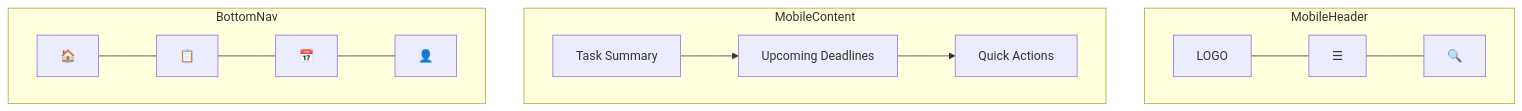
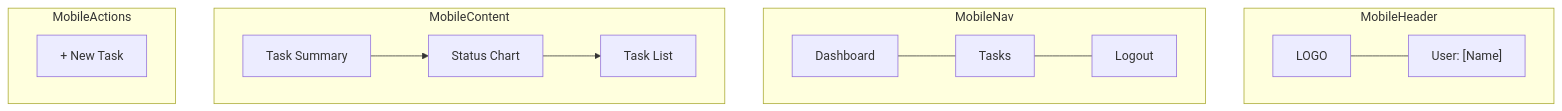
Before and after one commit to f3mi/DTS-developer-challenge: the third of 3 diagrams in docs/wireframes/tms-wireframe-dashboard-v1.md, drawn with Mermaid. The commit also changed other lines of this file and 8 other files, not shown here.

````diff
--- a/docs/wireframes/tms-wireframe-dashboard-v1.md
+++ b/docs/wireframes/tms-wireframe-dashboard-v1.md
@@ -50,14 +50,18 @@
 ```mermaid
 flowchart TD
     subgraph MobileHeader
-        Logo["LOGO"] --- MenuIcon["☰"] --- SearchIcon["🔍"]
+        Logo["LOGO"] --- UserInfo["User: [Name]"]
+    end
+    
+    subgraph MobileNav
+        DashboardLink["Dashboard"] --- TasksLink["Tasks"] --- LogoutLink["Logout"]
     end
     
     subgraph MobileContent
-        Summary["Task Summary"] --> DeadlinesList["Upcoming Deadlines"] --> QuickActions["Quick Actions"]
+        Summary["Task Summary"] --> StatusChart["Status Chart"] --> TaskList["Task List"]
     end
     
-    subgraph BottomNav
-        Home["🏠"] --- Tasks["📋"] --- Calendar["📅"] --- Profile["👤"]
+    subgraph MobileActions
+        CreateTask["+ New Task"]
     end
 ```
````
